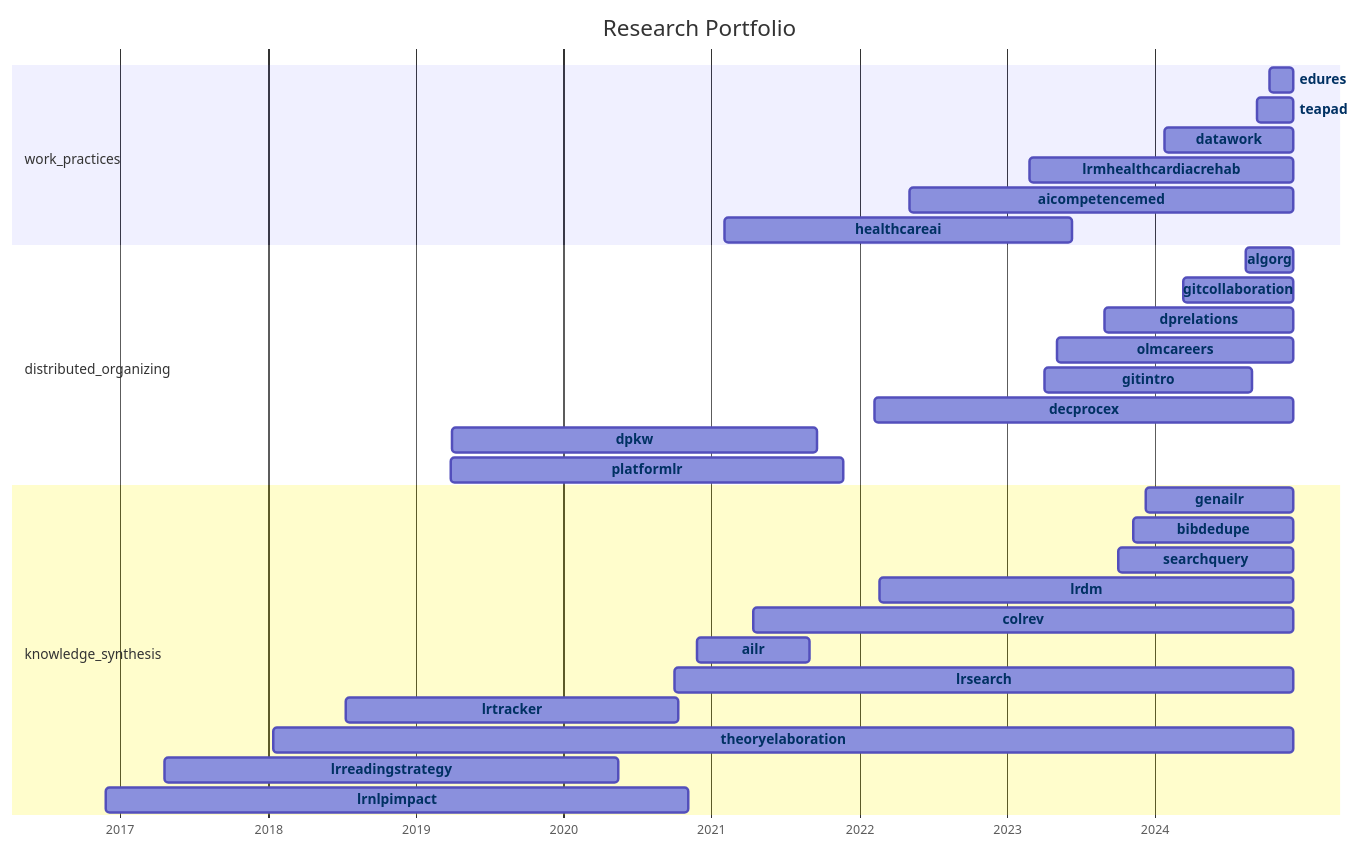
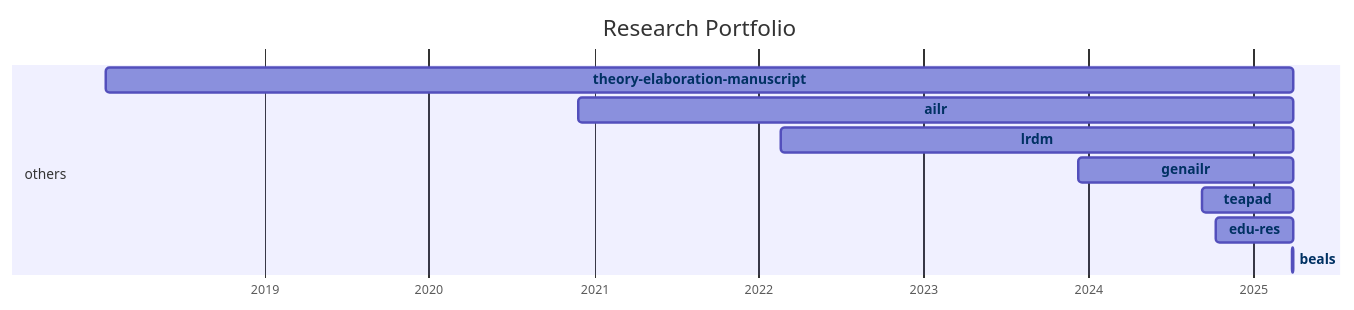
One commit to digital-work-lab/handbook changed the diagram in docs/20-research/25-projects-gantt.md. Above: the diagram before and after it, drawn with Mermaid. The commit also changed 5 other files, not shown here.

````diff
--- a/docs/20-research/25-projects-gantt.md
+++ b/docs/20-research/25-projects-gantt.md
@@ -8,64 +8,33 @@
 ```mermaid
+---
+displayMode: compact
+---
 gantt
-    title Research Portfolio
-    dateFormat YYYY-MM-DD
-    axisFormat %Y
-    
+title Research Portfolio
+dateFormat YYYY-MM-DD
+axisFormat %Y
+
     section work_practices
-        edures :edures, 2024-10-10, 2024-12-09
-        teapad :teapad, 2024-09-10, 2024-12-09
-        datawork :datawork, 2024-01-25, 2024-12-09
-        lrmhealthcardiacrehab :lrmhealthcardiacrehab, 2023-02-26, 2024-12-09
-        aicompetencemed :aicompetencemed, 2022-05-06, 2024-12-09
-        healthcareai :healthcareai, 2021-02-03, 2023-06-10
 
     section distributed_organizing
-        algorg :algorg, 2024-08-14, 2024-12-09
-        gitcollaboration :gitcollaboration, 2024-03-13, 2024-12-09
-        dprelations :dprelations, 2023-09-01, 2024-12-09
-        olmcareers :olmcareers, 2023-05-04, 2024-12-09
-        gitintro :gitintro, 2023-04-04, 2024-08-28
-        decprocex :decprocex, 2022-02-09, 2024-12-09
-        dpkw :dpkw, 2019-04-02, 2021-09-18
-        platformlr :platformlr, 2019-03-28, 2021-11-22
 
     section knowledge_synthesis
-        genailr :genailr, 2023-12-10, 2024-12-09
-        bibdedupe :bibdedupe, 2023-11-11, 2024-12-09
-        searchquery :searchquery, 2023-10-04, 2024-12-09
-        lrdm :lrdm, 2022-02-20, 2024-12-09
-        colrev :colrev, 2021-04-15, 2024-12-09
-        ailr :ailr, 2020-11-26, 2021-09-02
-        lrsearch :lrsearch, 2020-10-01, 2024-12-09
-        lrtracker :lrtracker, 2018-07-12, 2020-10-12
-        theoryelaboration :theoryelaboration, 2018-01-15, 2024-12-09
-        lrreadingstrategy :lrreadingstrategy, 2017-04-22, 2020-05-17
-        lrnlpimpact :lrnlpimpact, 2016-11-27, 2020-11-04
+
+    section others
+        beals :beals, 2025-03-28, 2025-03-31
+        edu-res :edu-res, 2024-10-10, 2025-03-31
+        teapad :teapad, 2024-09-10, 2025-03-31
+        genailr :genailr, 2023-12-10, 2025-03-31
+        lrdm :lrdm, 2022-02-20, 2025-03-31
+        ailr :ailr, 2020-11-26, 2025-03-31
+        theory-elaboration-manuscript :theory-elaboration-manuscript, 2018-01-15, 2025-03-31
 
 
-    click edures href "{{ site.baseurl }}/docs/20-research/25-projects/edures"
-    click teapad href "{{ site.baseurl }}/docs/20-research/25-projects/teapad"
-    click datawork href "{{ site.baseurl }}/docs/20-research/25-projects/datawork"
-    click lrmhealthcardiacrehab href "{{ site.baseurl }}/docs/20-research/25-projects/lrmhealthcardiacrehab"
-    click aicompetencemed href "{{ site.baseurl }}/docs/20-research/25-projects/aicompetencemed"
-    click healthcareai href "{{ site.baseurl }}/docs/20-research/25-projects/healthcareai"
-    click algorg href "{{ site.baseurl }}/docs/20-research/25-projects/algorg"
-    click gitcollaboration href "{{ site.baseurl }}/docs/20-research/25-projects/gitcollaboration"
-    click dprelations href "{{ site.baseurl }}/docs/20-research/25-projects/dprelations"
-    click olmcareers href "{{ site.baseurl }}/docs/20-research/25-projects/olmcareers"
-    click gitintro href "{{ site.baseurl }}/docs/20-research/25-projects/gitintro"
-    click decprocex href "{{ site.baseurl }}/docs/20-research/25-projects/decprocex"
-    click dpkw href "{{ site.baseurl }}/docs/20-research/25-projects/dpkw"
-    click platformlr href "{{ site.baseurl }}/docs/20-research/25-projects/platformlr"
-    click genailr href "{{ site.baseurl }}/docs/20-research/25-projects/genailr"
-    click bibdedupe href "{{ site.baseurl }}/docs/20-research/25-projects/bibdedupe"
-    click searchquery href "{{ site.baseurl }}/docs/20-research/25-projects/searchquery"
-    click lrdm href "{{ site.baseurl }}/docs/20-research/25-projects/lrdm"
-    click colrev href "{{ site.baseurl }}/docs/20-research/25-projects/colrev"
-    click ailr href "{{ site.baseurl }}/docs/20-research/25-projects/ailr"
-    click lrsearch href "{{ site.baseurl }}/docs/20-research/25-projects/lrsearch"
-    click lrtracker href "{{ site.baseurl }}/docs/20-research/25-projects/lrtracker"
-    click theoryelaboration href "{{ site.baseurl }}/docs/20-research/25-projects/theoryelaboration"
-    click lrreadingstrategy href "{{ site.baseurl }}/docs/20-research/25-projects/lrreadingstrategy"
-    click lrnlpimpact href "{{ site.baseurl }}/docs/20-research/25-projects/lrnlpimpact"
+    click beals href "{{ site.baseurl }}/docs/20-research/25-projects/_repos/beals"
+    click edu-res href "{{ site.baseurl }}/docs/20-research/25-projects/_repos/edu-res"
+    click teapad href "{{ site.baseurl }}/docs/20-research/25-projects/_repos/teapad"
+    click genailr href "{{ site.baseurl }}/docs/20-research/25-projects/_repos/genailr"
+    click lrdm href "{{ site.baseurl }}/docs/20-research/25-projects/_repos/lrdm"
+    click ailr href "{{ site.baseurl }}/docs/20-research/25-projects/_repos/ailr"
+    click theory-elaboration-manuscript href "{{ site.baseurl }}/docs/20-research/25-projects/_repos/theory-elaboration-manuscript"
 ```
````
